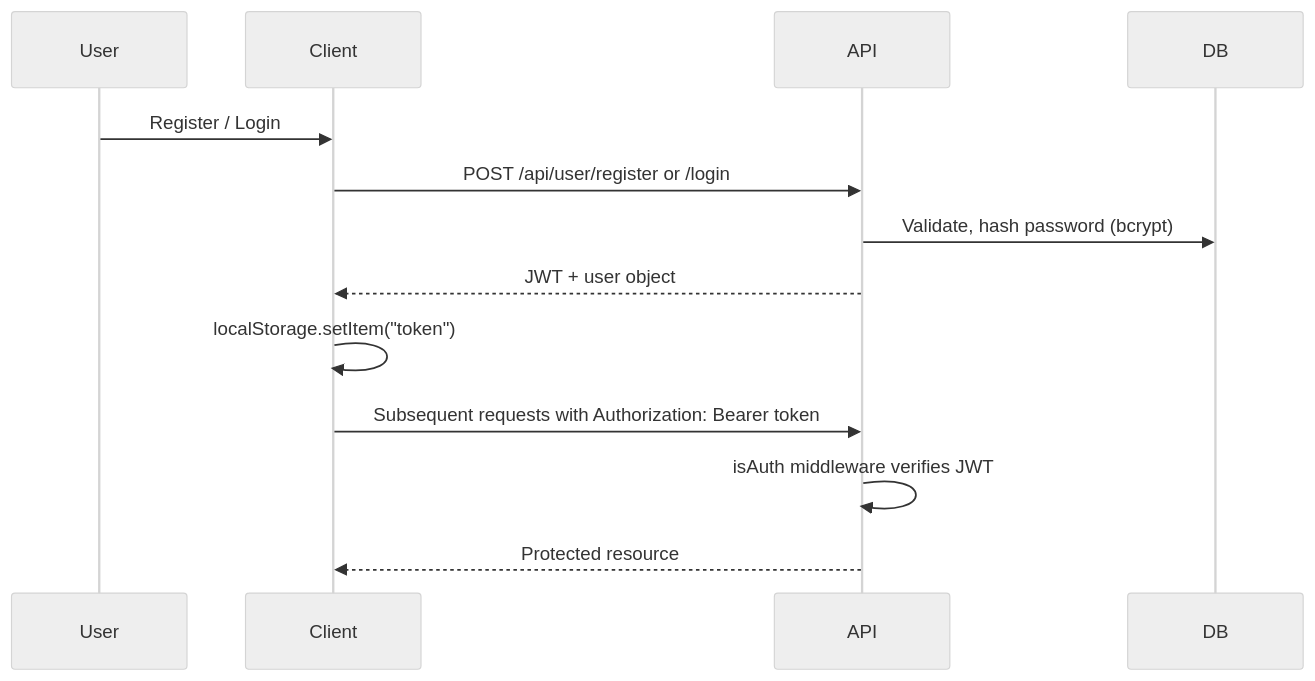
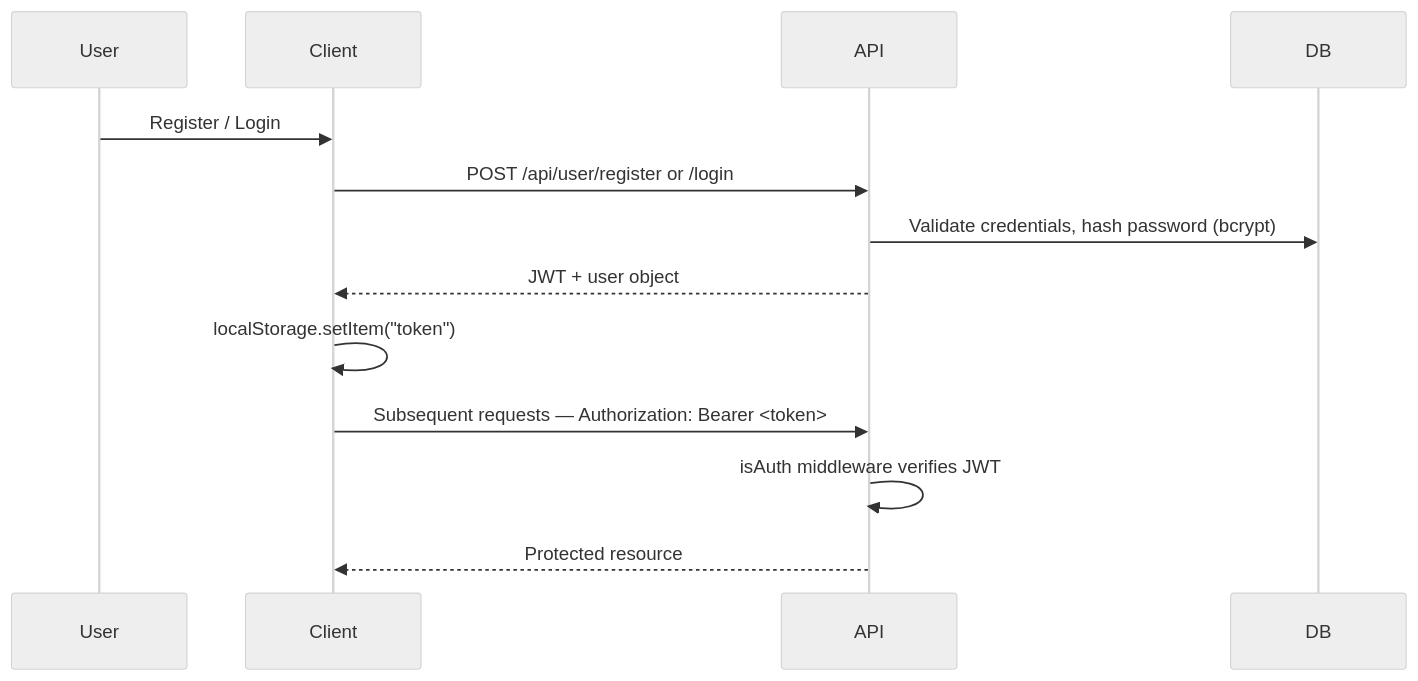
Before and after one commit to adarshdhauni/ecommerce-platform: the third of 3 diagrams in README.md, drawn with Mermaid (neutral theme). The commit also changed other lines of this file, not shown here.

````diff
--- a/README.md
+++ b/README.md
@@ -430,16 +596,16 @@
 ```mermaid
 sequenceDiagram
     participant User
     participant Client
     participant API
     participant DB
 
     User->>Client: Register / Login
     Client->>API: POST /api/user/register or /login
-    API->>DB: Validate, hash password (bcrypt)
+    API->>DB: Validate credentials, hash password (bcrypt)
     API-->>Client: JWT + user object
     Client->>Client: localStorage.setItem("token")
-    Client->>API: Subsequent requests with Authorization: Bearer token
+    Client->>API: Subsequent requests — Authorization: Bearer <token>
     API->>API: isAuth middleware verifies JWT
     API-->>Client: Protected resource
 ```
````
